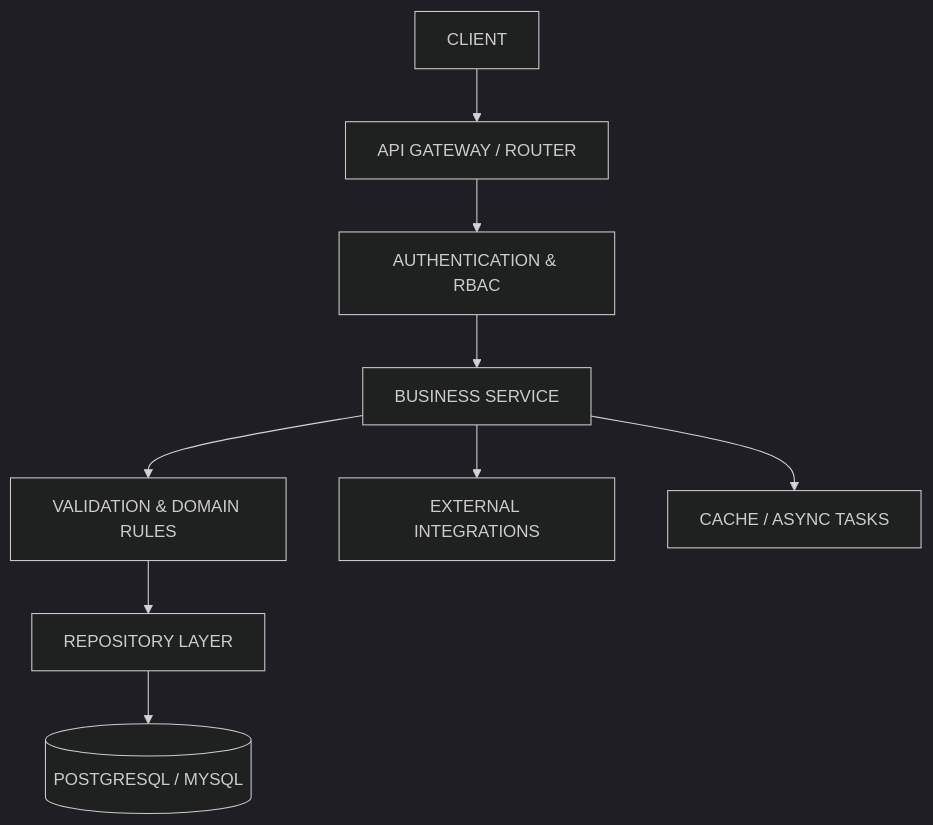
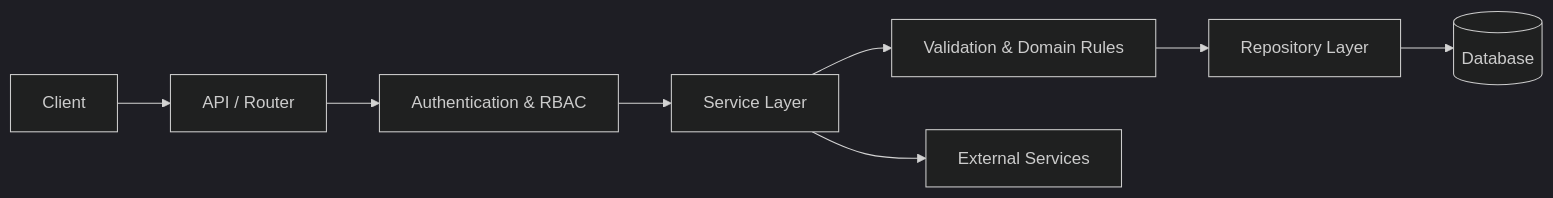
Before and after one commit to Aravindan-001/Aravindan-001: the first of 2 diagrams in README.md, drawn with Mermaid (dark theme). The commit also changed other lines of this file, not shown here.

````diff
--- a/README.md
+++ b/README.md
@@ -307,11 +214,10 @@
 ```mermaid
-flowchart TD
-    A["CLIENT"] --> B["API GATEWAY / ROUTER"]
-    B --> C["AUTHENTICATION & RBAC"]
-    C --> D["BUSINESS SERVICE"]
-    D --> E["VALIDATION & DOMAIN RULES"]
-    E --> F["REPOSITORY LAYER"]
-    F --> G[("POSTGRESQL / MYSQL")]
-    D --> H["EXTERNAL INTEGRATIONS"]
-    D --> I["CACHE / ASYNC TASKS"]
+flowchart LR
+    A["Client"] --> B["API / Router"]
+    B --> C["Authentication & RBAC"]
+    C --> D["Service Layer"]
+    D --> E["Validation & Domain Rules"]
+    E --> F["Repository Layer"]
+    F --> G[("Database")]
+    D --> H["External Services"]
 ```
````
